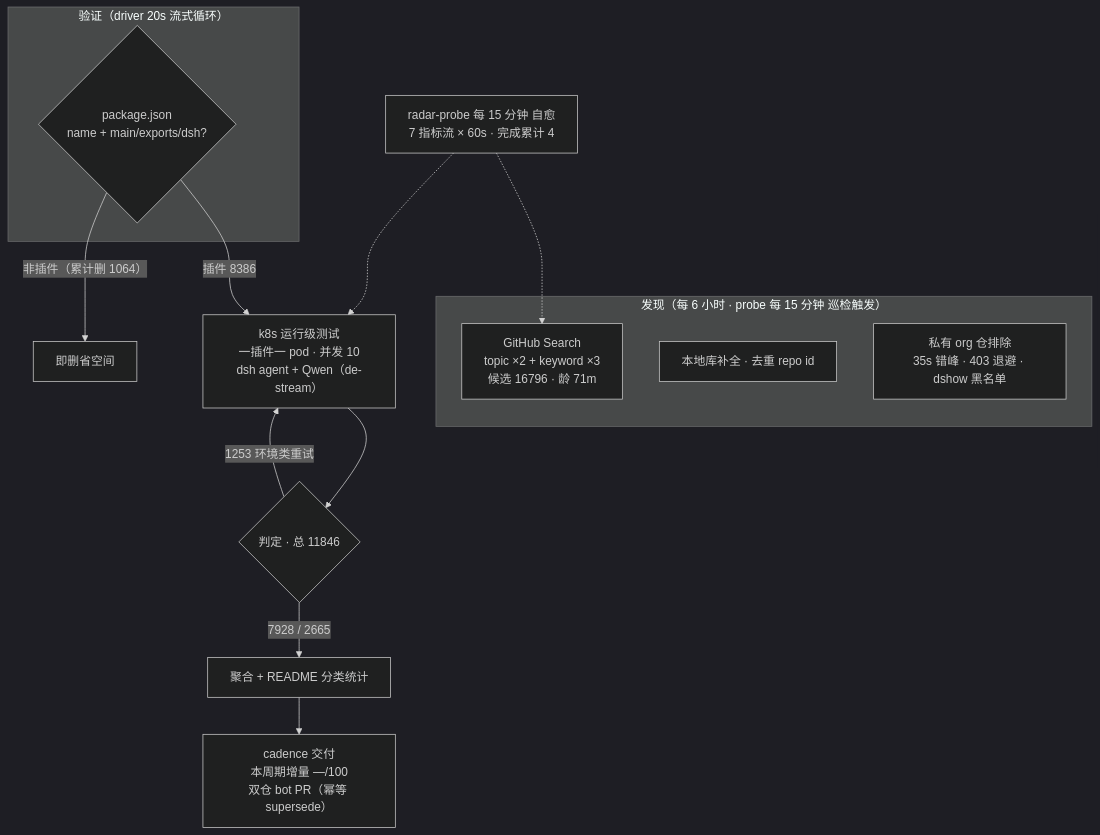
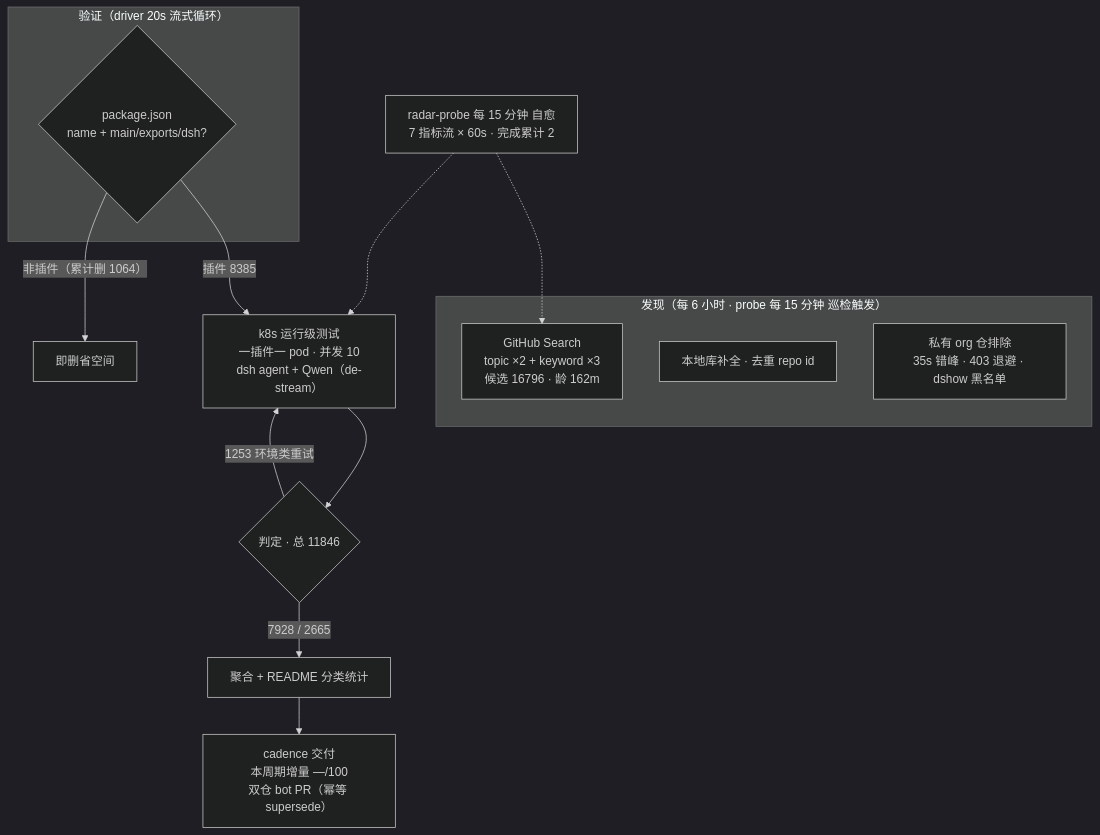
One commit to Zhidao-Lab-OSS/awesome-dsh-plugins changed the diagram in README.md. Above: the diagram before and after it, drawn with Mermaid (dark theme). The commit also changed other lines of this file and 1 other file, not shown here.

````diff
--- a/README.md
+++ b/README.md
@@ -52,20 +52,20 @@
 ```mermaid
 flowchart TB
     subgraph Discovery["发现（每 6 小时 · probe 每 15 分钟 巡检触发）"]
-        A1["GitHub Search<br/>topic ×2 + keyword ×3<br/>候选 16796 · 龄 71m"]
+        A1["GitHub Search<br/>topic ×2 + keyword ×3<br/>候选 16796 · 龄 162m"]
         A2["本地库补全 · 去重 repo id"]
         A3["私有 org 仓排除<br/>35s 错峰 · 403 退避 · dshow 黑名单"]
     end
     subgraph Validation["验证（driver 20s 流式循环）"]
         B1{"package.json<br/>name + main/exports/dsh?"}
     end
-    B1 -->|"插件 8386"| C1["k8s 运行级测试<br/>一插件一 pod · 并发 10<br/>dsh agent + Qwen（de-stream）"]
+    B1 -->|"插件 8385"| C1["k8s 运行级测试<br/>一插件一 pod · 并发 10<br/>dsh agent + Qwen（de-stream）"]
     B1 -->|"非插件（累计删 1064）"| B3["即删省空间"]
     C1 --> D1{"判定 · 总 11846"}
     D1 -->|"7928 / 2665"| E1["聚合 + README 分类统计"]
     D1 -->|"1253 环境类重试"| C1
     E1 --> E2["cadence 交付<br/>本周期增量 —/100<br/>双仓 bot PR（幂等 supersede）"]
-    M["radar-probe 每 15 分钟 自愈<br/>7 指标流 × 60s · 完成累计 4"]
+    M["radar-probe 每 15 分钟 自愈<br/>7 指标流 × 60s · 完成累计 2"]
     M -.-> A1
     M -.-> C1
 ```
````
